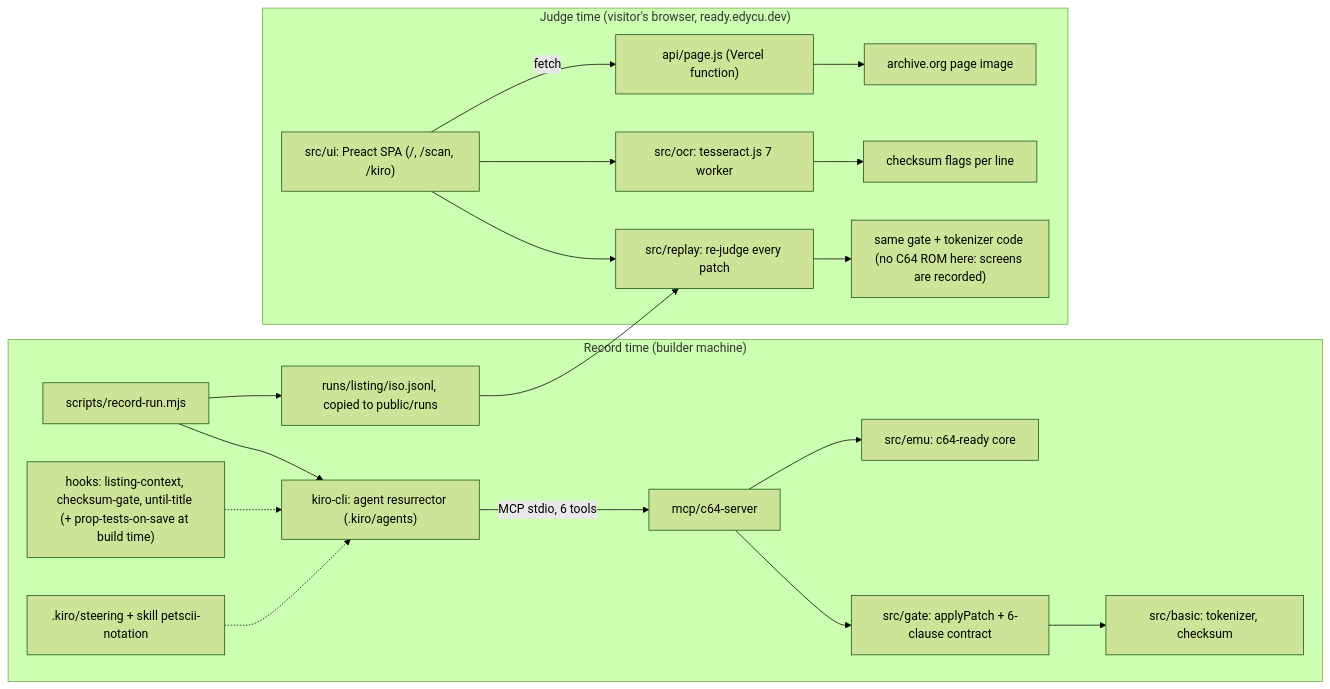
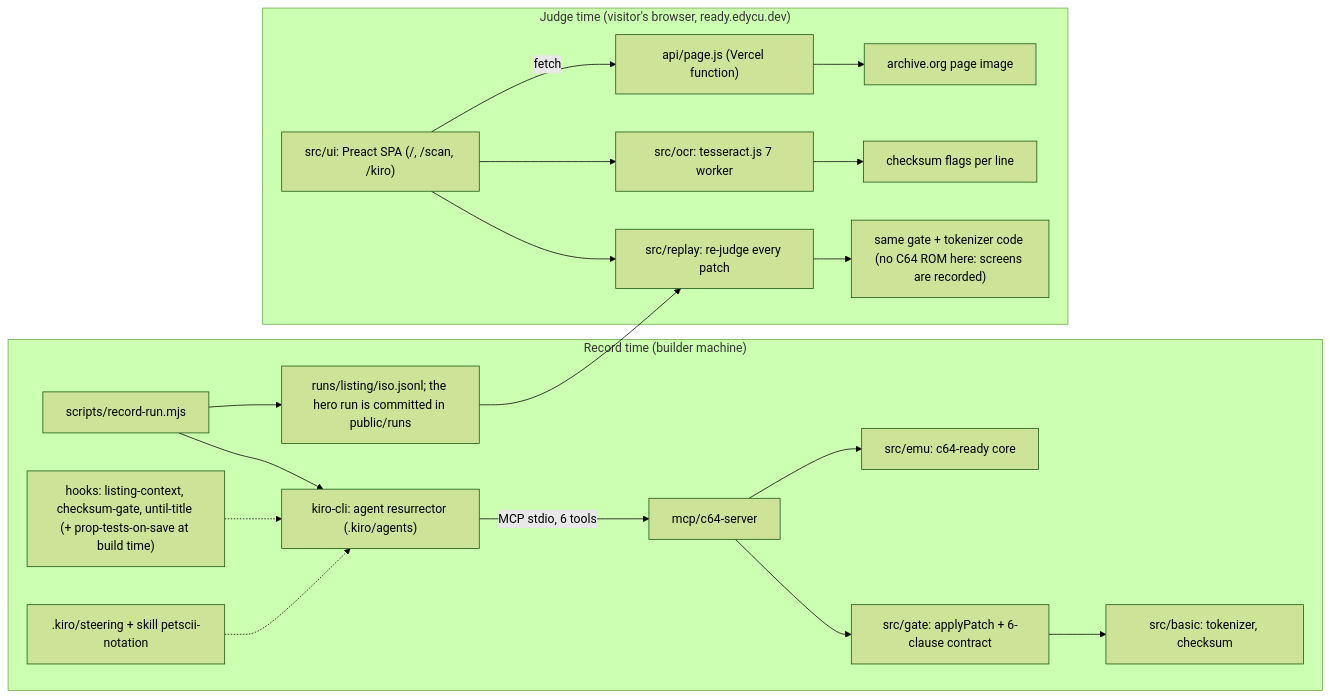
One commit to edycutjong/ready changed the diagram in ARCHITECTURE.md. Above: the diagram before and after it, drawn with Mermaid (forest theme). The commit also changed other lines of this file and 2 other files, not shown here.

First line of the commit message:
docs: architecture diagram drawn from the code as built

````diff
--- a/ARCHITECTURE.md
+++ b/ARCHITECTURE.md
@@ -7,22 +11,22 @@
 ```mermaid
 flowchart LR
   subgraph record["Record time (builder machine)"]
     REC["scripts/record-run.mjs"] --> KIRO["kiro-cli: agent resurrector (.kiro/agents)"]
     KIRO -->|"MCP stdio, 6 tools"| MCP["mcp/c64-server"]
     HOOKS["hooks: listing-context, checksum-gate, until-title (+ prop-tests-on-save at build time)"] -.-> KIRO
     STEER[".kiro/steering + skill petscii-notation"] -.-> KIRO
     MCP --> GATE["src/gate: applyPatch + 6-clause contract"]
     MCP --> EMU["src/emu: c64-ready core"]
     GATE --> BAS["src/basic: tokenizer, checksum"]
-    REC --> RUNS["runs/listing/iso.jsonl, copied to public/runs"]
+    REC --> RUNS["runs/listing/iso.jsonl; the hero run is committed in public/runs"]
   end
   subgraph judge["Judge time (visitor's browser, ready.edycu.dev)"]
     SPA["src/ui: Preact SPA (/, /scan, /kiro)"] --> REPLAY["src/replay: re-judge every patch"]
     RUNS --> REPLAY
     REPLAY --> GATE2["same gate + tokenizer code (no C64 ROM here: screens are recorded)"]
     SPA --> OCR["src/ocr: tesseract.js 7 worker"]
     OCR --> FLAG["checksum flags per line"]
     SPA -->|"fetch"| API["api/page.js (Vercel function)"]
     API --> ARCH["archive.org page image"]
   end
 ```
````
